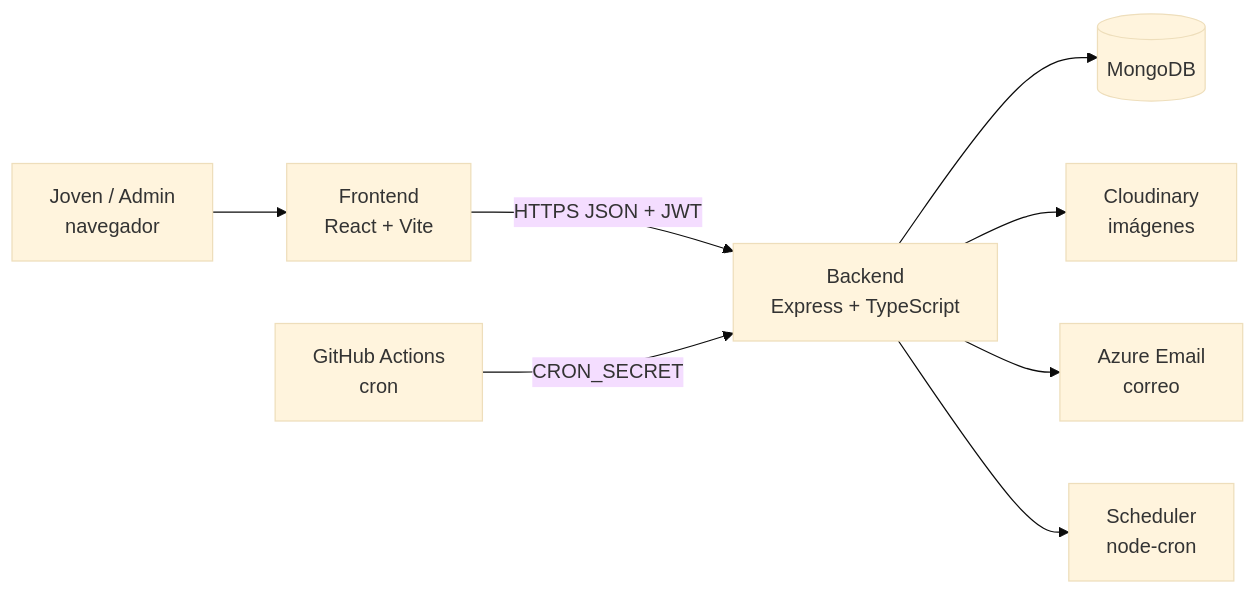
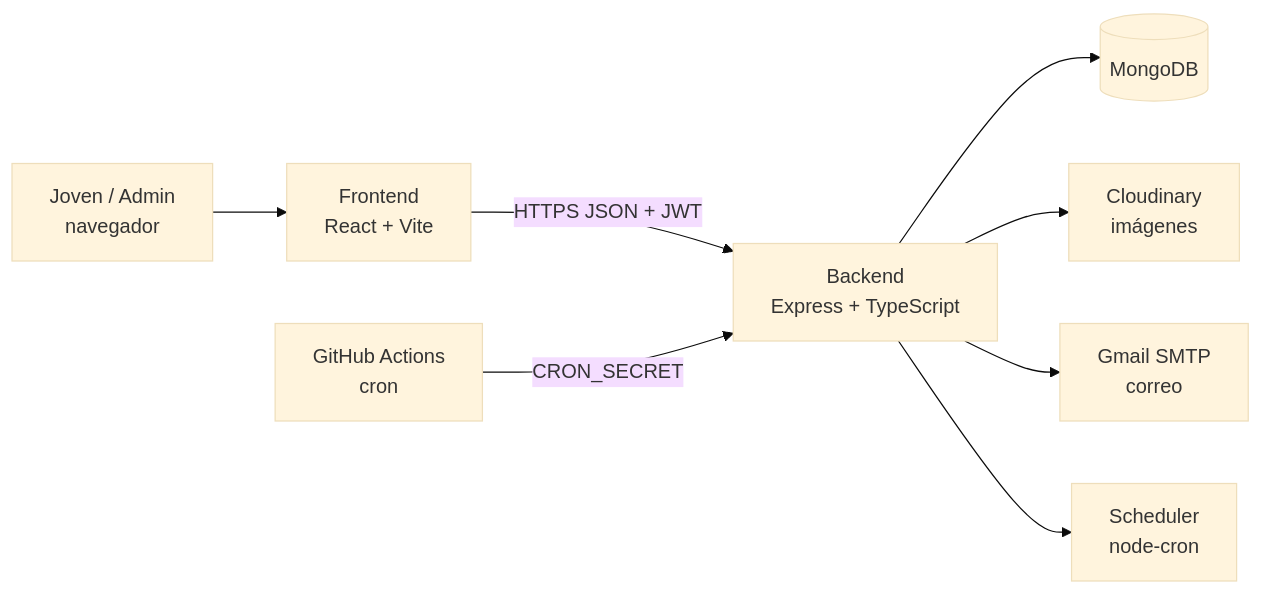
Before and after one commit to Jvrmmora/ja-manager: the first of 2 diagrams in README.md, drawn with Mermaid (base theme). The commit also changed other lines of this file and 25 other files, not shown here.

First line of the commit message:
feat(backend): tarjeta de cumpleaños por Gmail y fin del correo por Azure

````diff
--- a/README.md
+++ b/README.md
@@ -59,10 +59,10 @@
 ```mermaid
 flowchart LR
     U["Joven / Admin<br/>navegador"] --> F["Frontend<br/>React + Vite"]
     F -->|"HTTPS JSON + JWT"| B["Backend<br/>Express + TypeScript"]
     B --> M[("MongoDB")]
     B --> C["Cloudinary<br/>imágenes"]
-    B --> E["Azure Email<br/>correo"]
+    B --> E["Gmail SMTP<br/>correo"]
     G["GitHub Actions<br/>cron"] -->|"CRON_SECRET"| B
     B --> S["Scheduler<br/>node-cron"]
 ```
````
